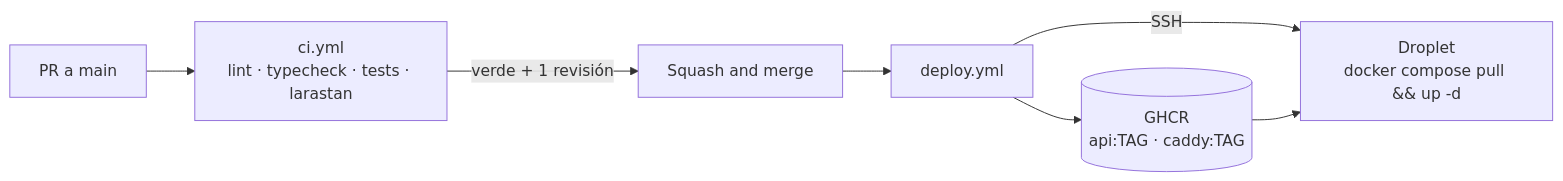
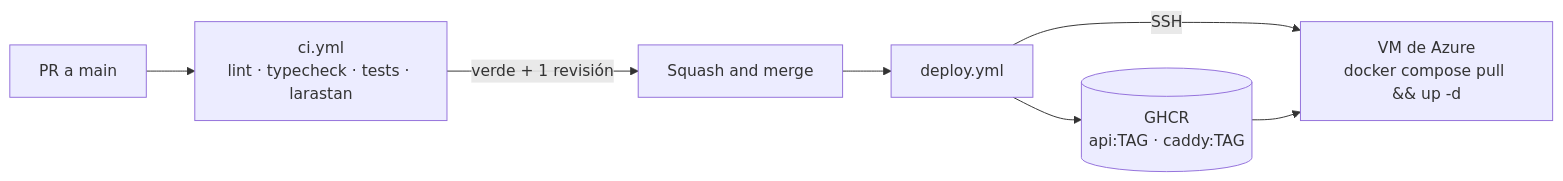
One commit to aleacion-prima/aleacion-prima changed the third of 3 diagrams in docs/arquitectura.md. Above: the diagram before and after it, drawn with Mermaid. The commit also changed other lines of this file and 6 other files, not shown here.

````diff
--- a/docs/arquitectura.md
+++ b/docs/arquitectura.md
@@ -102,9 +102,9 @@
 ```mermaid
 flowchart LR
     pr[PR a main] --> ci[ci.yml<br/>lint · typecheck · tests · larastan]
     ci -- verde + 1 revisión --> merge[Squash and merge]
     merge --> deploy[deploy.yml]
     deploy --> ghcr[(GHCR<br/>api:TAG · caddy:TAG)]
-    deploy -- SSH --> droplet[Droplet<br/>docker compose pull && up -d]
-    ghcr --> droplet
+    deploy -- SSH --> vm[VM de Azure<br/>docker compose pull && up -d]
+    ghcr --> vm
 ```
````
